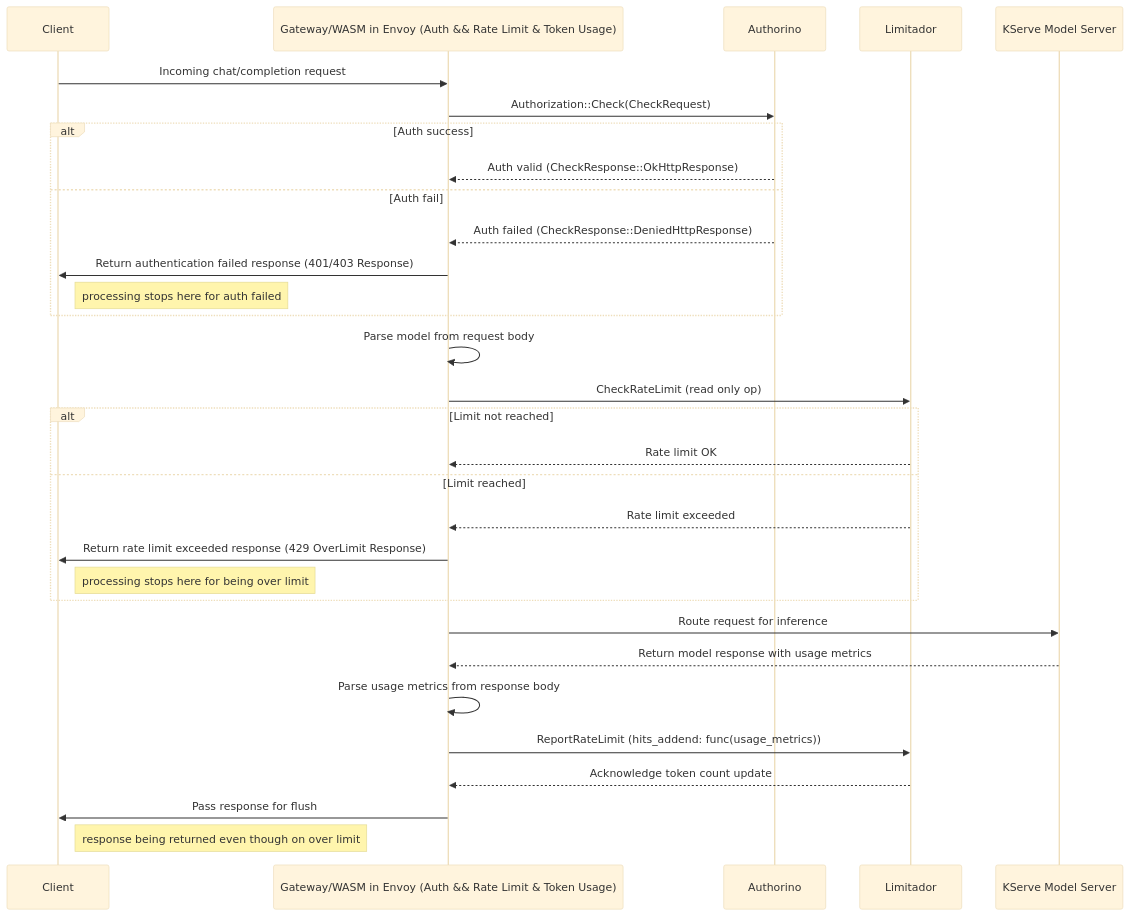
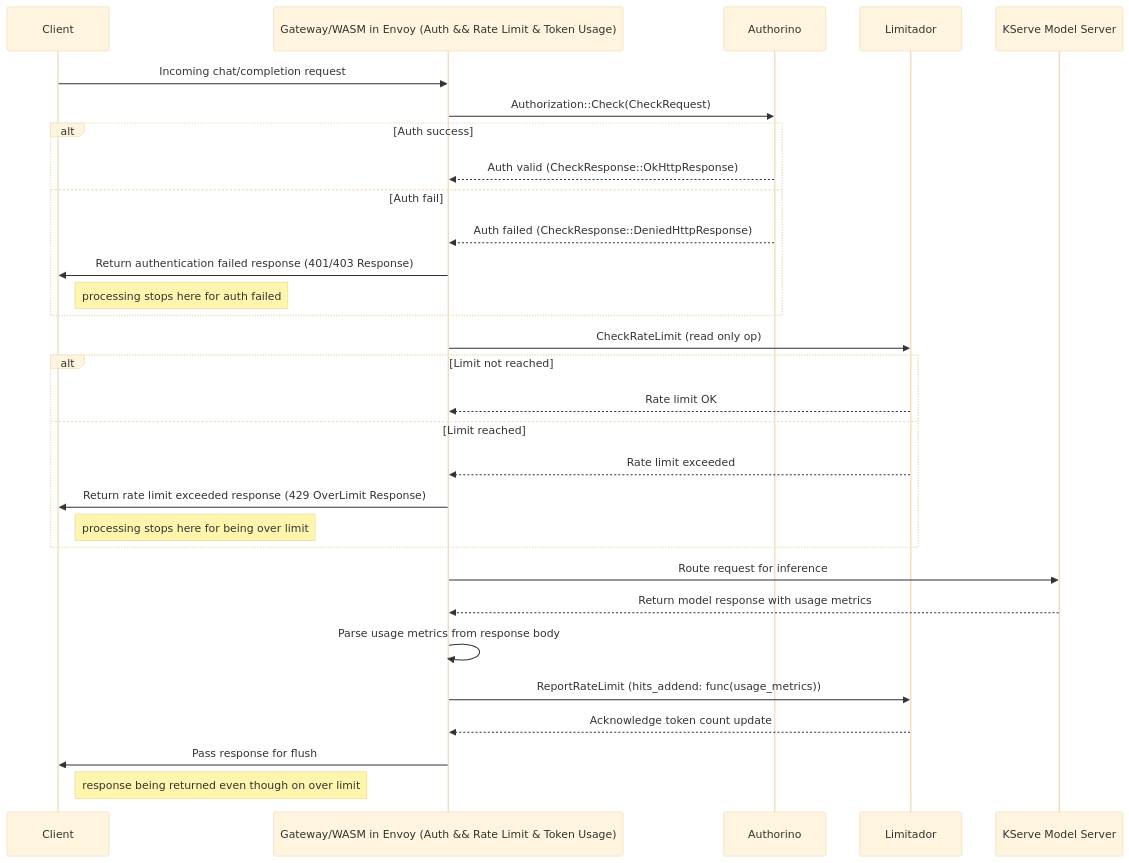
The diagram in rfcs/0013-ai-policies.md (Kuadrant/architecture), drawn with Mermaid (base theme) before and after one commit. The commit also changed other lines of this file, not shown here.

Commit message:
remove references to requestBodyJSON cel function as not supported

````diff
--- a/rfcs/0013-ai-policies.md
+++ b/rfcs/0013-ai-policies.md
@@ -233,47 +225,46 @@
 ```mermaid
 sequenceDiagram
   participant C as Client
   participant GW as Gateway/WASM in Envoy (Auth && Rate Limit & Token Usage)
   participant A as Authorino
   participant L as Limitador
   participant MS as KServe Model Server
 
   %% initial req
   C->>GW: Incoming chat/completion request
 
   %% JWT authentication check via Authorino
   GW->>A: Authorization::Check(CheckRequest)
   alt Auth success
     A-->>GW: Auth valid (CheckResponse::OkHttpResponse)
   else Auth fail
     A-->>GW: Auth failed (CheckResponse::DeniedHttpResponse)
     GW->>C: Return authentication failed response (401/403 Response)
     note right of C: processing stops here for auth failed
   end
 
   %% pre-model-server token rate limiting check
-  GW->>GW: Parse model from request body
   GW->>L: CheckRateLimit (read only op)
   alt Limit not reached
     L-->>GW: Rate limit OK
   else Limit reached
     L-->>GW: Rate limit exceeded
     GW->>C: Return rate limit exceeded response (429 OverLimit Response)
     note right of C: processing stops here for being over limit
   end
 
   %% Route request for inference
   GW->>MS: Route request for inference
   MS-->>GW: Return model response with usage metrics
 
   %% process response: parse usage metrics from model response
   GW->>GW: Parse usage metrics from response body
 
   %% update token usage count via Limitador
   GW->>L: ReportRateLimit (hits_addend: func(usage_metrics))
   L-->>GW: Acknowledge token count update
 
   %% final inference response: deliver back to client
   GW->>C: Pass response for flush
   note right of C: response being returned even though on over limit
 ```
````
